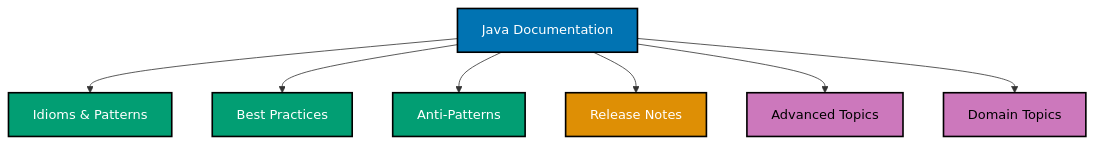
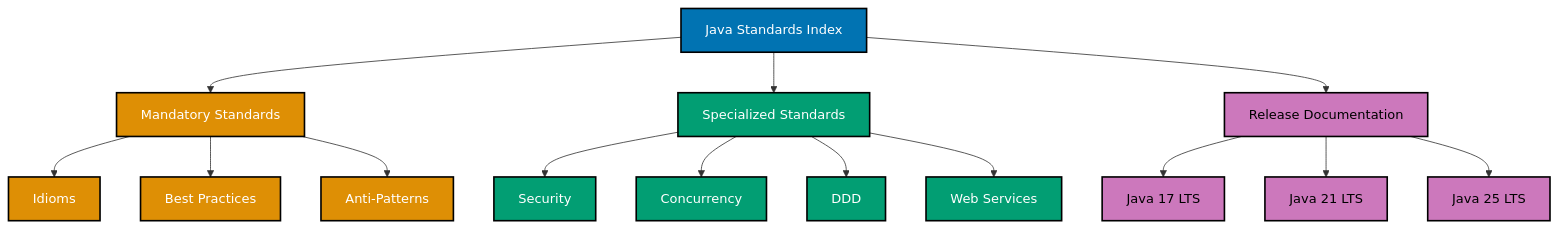
Before and after one commit to wahidyankf/open-sharia-enterprise: the diagram in docs/explanation/software-engineering/programming-languages/java/README.md, drawn with Mermaid. The commit also changed other lines of this file and 13 other files, not shown here.

````diff
--- a/docs/explanation/software-engineering/programming-languages/java/README.md
+++ b/docs/explanation/software-engineering/programming-languages/java/README.md
@@ -223,25 +169,32 @@
 ```mermaid
 %% Color Palette: Blue #0173B2, Orange #DE8F05, Teal #029E73, Purple #CC78BC
 %% All colors are color-blind friendly and meet WCAG AA contrast standards
 
-flowchart TD
-    A["Java Documentation"]:::blue
-    B["Idioms & Patterns"]:::teal
-    C["Best Practices"]:::teal
-    D["Anti-Patterns"]:::teal
-    E["Release Notes"]:::orange
-    F["Advanced Topics"]:::purple
-    G["Domain Topics"]:::purple
+graph TD
+    A["Java Standards Index"]:::blue
+    B["Mandatory Standards"]:::orange
+    C["Specialized Standards"]:::teal
+    D["Release Documentation"]:::purple
 
     A --> B
     A --> C
     A --> D
-    A --> E
-    A --> F
-    A --> G
+
+    B --> E["Idioms"]:::orange
+    B --> F["Best Practices"]:::orange
+    B --> G["Anti-Patterns"]:::orange
+
+    C --> H["Security"]:::teal
+    C --> I["Concurrency"]:::teal
+    C --> J["DDD"]:::teal
+    C --> K["Web Services"]:::teal
+
+    D --> L["Java 17 LTS"]:::purple
+    D --> M["Java 21 LTS"]:::purple
+    D --> N["Java 25 LTS"]:::purple
 
     classDef blue fill:#0173B2,stroke:#000000,color:#FFFFFF,stroke-width:2px
     classDef orange fill:#DE8F05,stroke:#000000,color:#FFFFFF,stroke-width:2px
     classDef teal fill:#029E73,stroke:#000000,color:#FFFFFF,stroke-width:2px
     classDef purple fill:#CC78BC,stroke:#000000,color:#000000,stroke-width:2px
 ```
````
